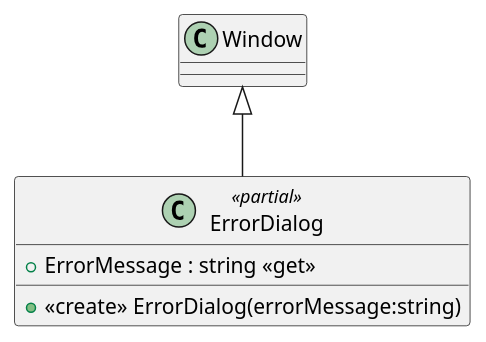
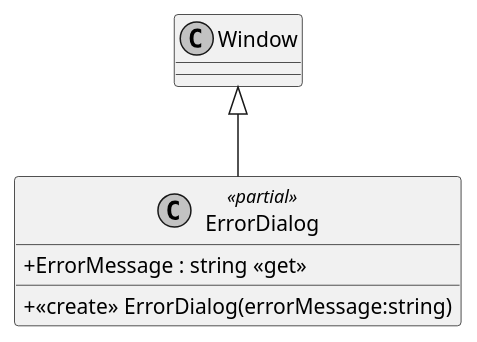
The diagram in documents/sd/plantuml/application/Core/UI/Dialogs/ErrorDialog.xaml.puml (insightmind/MORR), drawn with PlantUML before and after one commit. The commit also changed 13 other files, not shown here.

Commit message:
Changed style of existing plantuml diagrams, removed non-existing attribute from NotifyIcon.

```diff
--- a/documents/sd/plantuml/application/Core/UI/Dialogs/ErrorDialog.xaml.puml
+++ b/documents/sd/plantuml/application/Core/UI/Dialogs/ErrorDialog.xaml.puml
@@ -1,7 +1,9 @@
 @startuml
+skinparam monochrome true
+skinparam classAttributeIconSize 0
 class ErrorDialog <<partial>> {
     + <<create>> ErrorDialog(errorMessage:string)
     + ErrorMessage : string <<get>>
 }
 Window <|-- ErrorDialog
 @enduml
```
